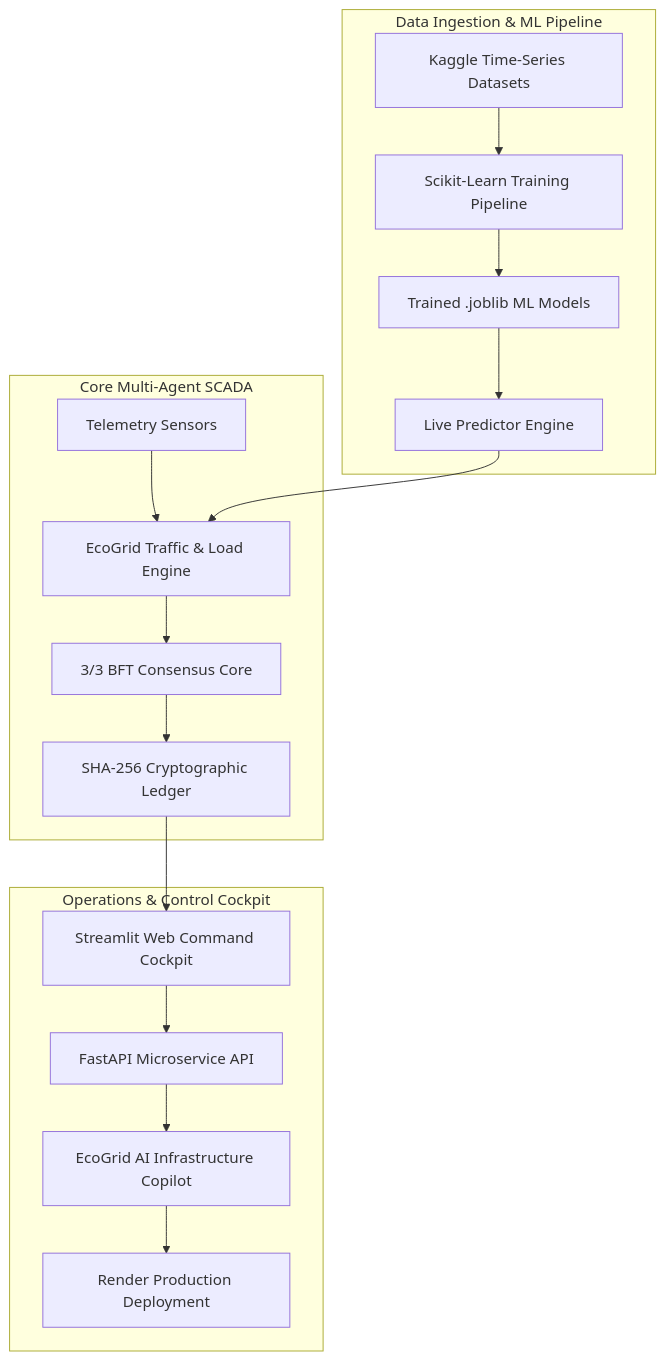
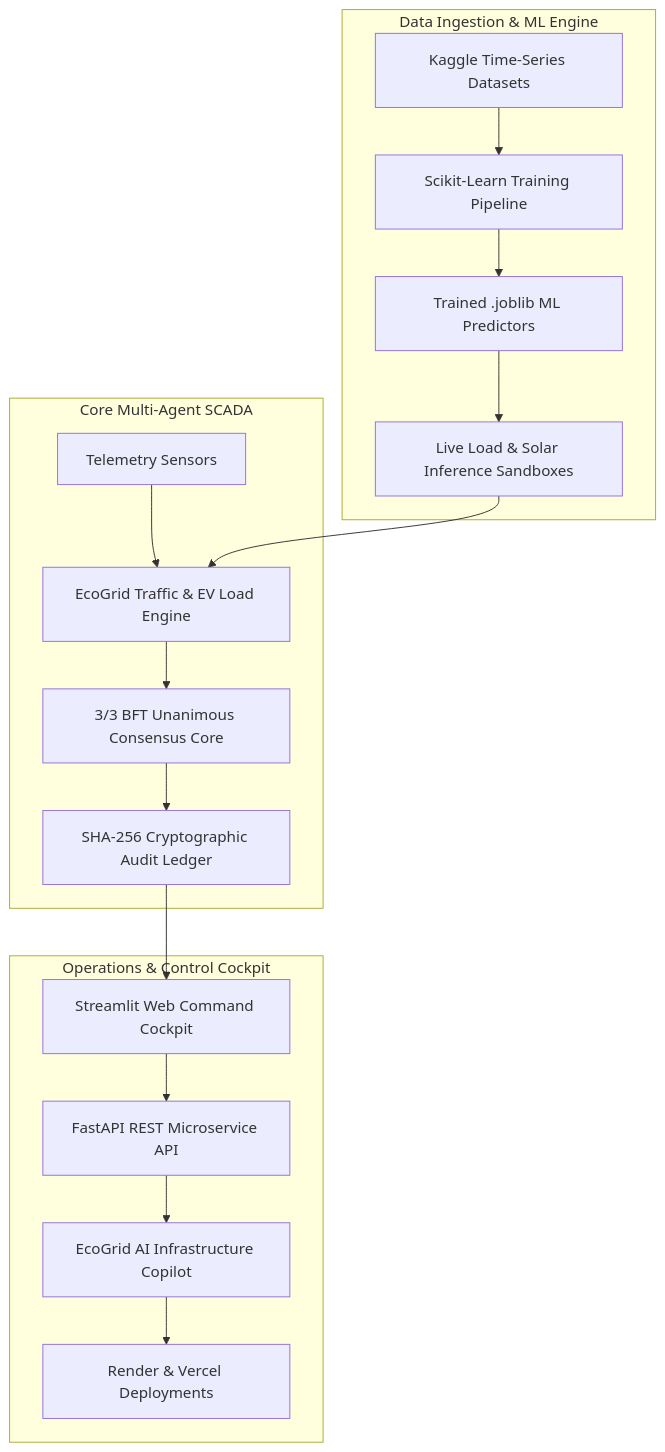
One commit to shambhushekharsinha-engg/ecogrid-core changed the diagram in README.md. Above: the diagram before and after it, drawn with Mermaid. The commit also changed other lines of this file and 3 other files, not shown here.

````diff
--- a/README.md
+++ b/README.md
@@ -41,23 +46,23 @@
 ```mermaid
 flowchart TD
-    subgraph Data Ingestion & ML Pipeline
+    subgraph Data Ingestion & ML Engine
         A1[Kaggle Time-Series Datasets] --> A2[Scikit-Learn Training Pipeline]
-        A2 --> A3[Trained .joblib ML Models]
-        A3 --> A4[Live Predictor Engine]
+        A2 --> A3[Trained .joblib ML Predictors]
+        A3 --> A4[Live Load & Solar Inference Sandboxes]
     end
 
     subgraph Core Multi-Agent SCADA
-        B1[Telemetry Sensors] --> B2[EcoGrid Traffic & Load Engine]
-        B2 --> B3[3/3 BFT Consensus Core]
-        B3 --> B4[SHA-256 Cryptographic Ledger]
+        B1[Telemetry Sensors] --> B2[EcoGrid Traffic & EV Load Engine]
+        B2 --> B3[3/3 BFT Unanimous Consensus Core]
+        B3 --> B4[SHA-256 Cryptographic Audit Ledger]
     end
 
     subgraph Operations & Control Cockpit
-        C1[Streamlit Web Command Cockpit] --> C2[FastAPI Microservice API]
+        C1[Streamlit Web Command Cockpit] --> C2[FastAPI REST Microservice API]
         C2 --> C3[EcoGrid AI Infrastructure Copilot]
-        C3 --> C4[Render Production Deployment]
+        C3 --> C4[Render & Vercel Deployments]
     end
 
     A4 --> B2
     B4 --> C1
 ```
````
